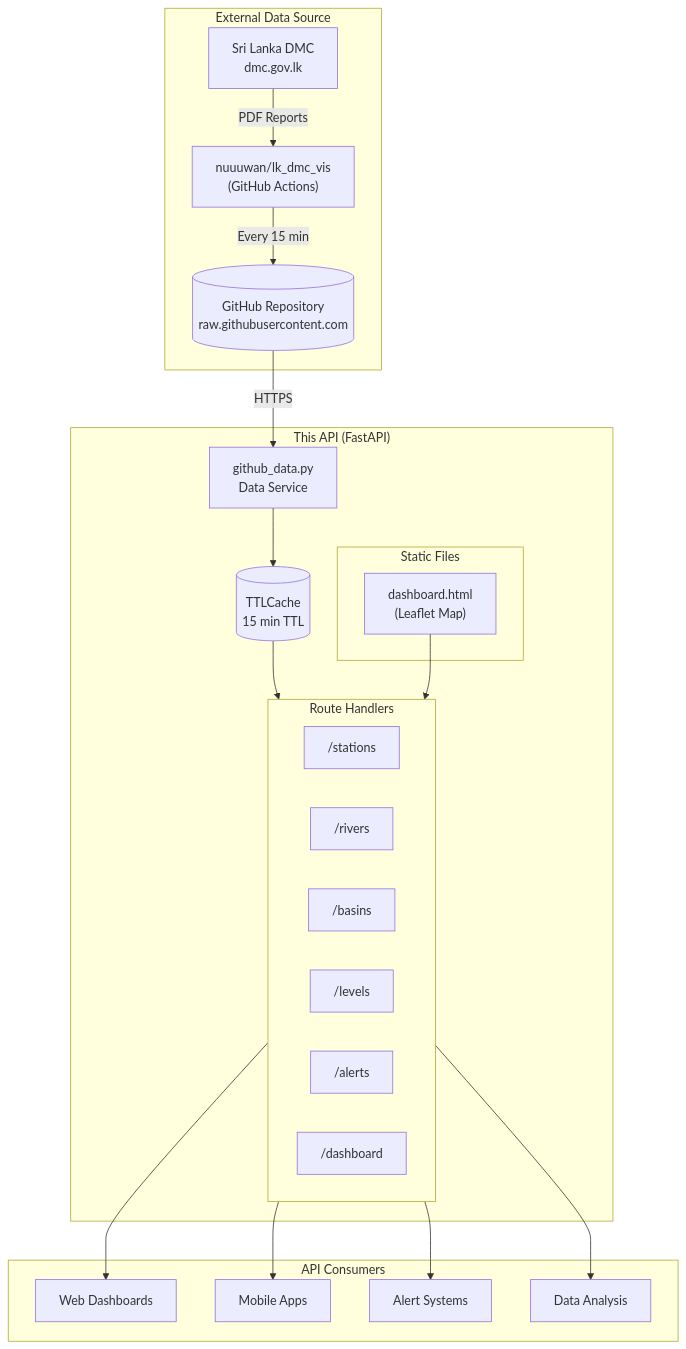
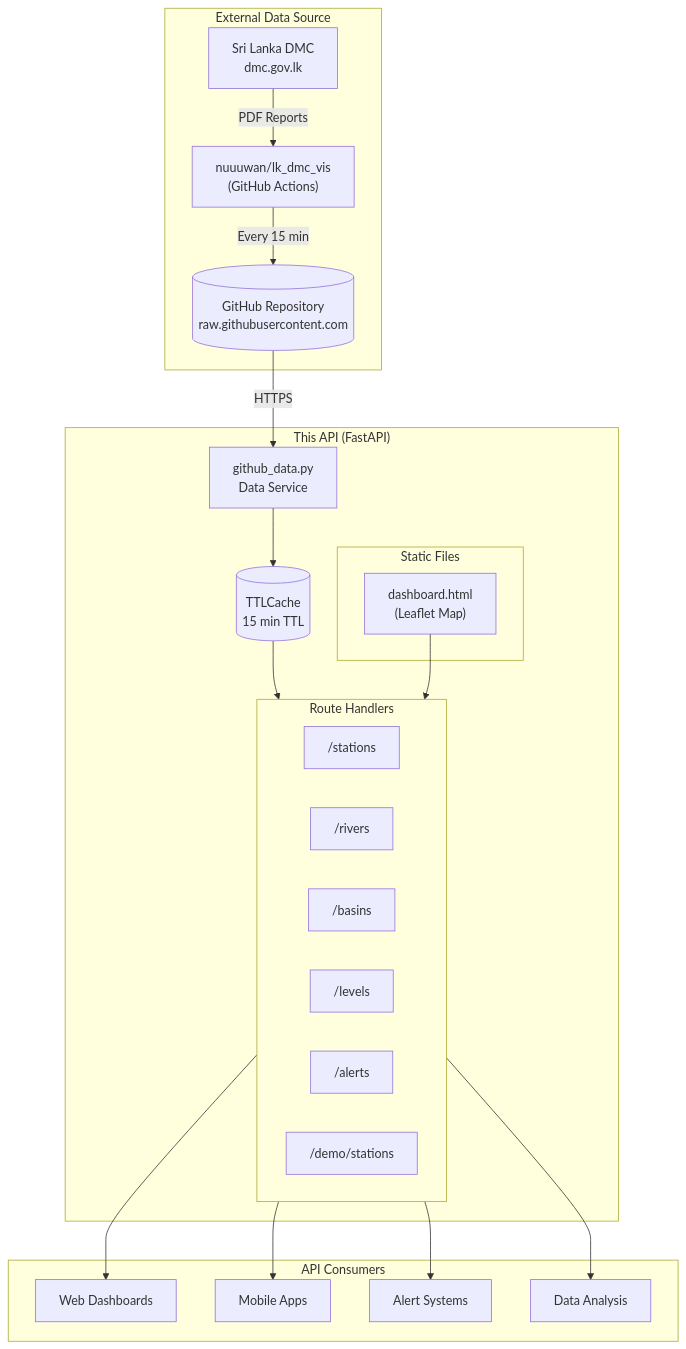
The first of 6 diagrams in ARCHITECTURE.md (yrangana/lk_flood_api), drawn with Mermaid before and after one commit. The commit also changed other lines of this file and 2 other files, not shown here.

Commit message:
Update architecture and README for demo dashboard endpoint

````diff
--- a/ARCHITECTURE.md
+++ b/ARCHITECTURE.md
@@ -9,41 +9,41 @@
 ```mermaid
 flowchart TB
     subgraph External["External Data Source"]
         DMC["Sri Lanka DMC
         dmc.gov.lk"] -->|PDF Reports| Pipeline
         Pipeline["nuuuwan/lk_dmc_vis
         (GitHub Actions)"]
         Pipeline -->|Every 15 min| GH[("GitHub Repository
         raw.githubusercontent.com")]
     end
 
     subgraph API["This API (FastAPI)"]
         GH -->|HTTPS| Service["github_data.py
         Data Service"]
         Service --> Cache[("TTLCache
         15 min TTL")]
         Cache --> Routes
 
         subgraph Routes["Route Handlers"]
             R1["/stations"]
             R2["/rivers"]
             R3["/basins"]
             R4["/levels"]
             R5["/alerts"]
-            R6["/dashboard"]
+            R6["/demo/stations"]
         end
 
         subgraph Static["Static Files"]
             Dashboard["dashboard.html
             (Leaflet Map)"]
         end
     end
 
     subgraph Consumers["API Consumers"]
         Routes --> Web["Web Dashboards"]
         Routes --> Mobile["Mobile Apps"]
         Routes --> Alerts["Alert Systems"]
         Routes --> Analysis["Data Analysis"]
         Dashboard --> Routes
     end
 ```
````
